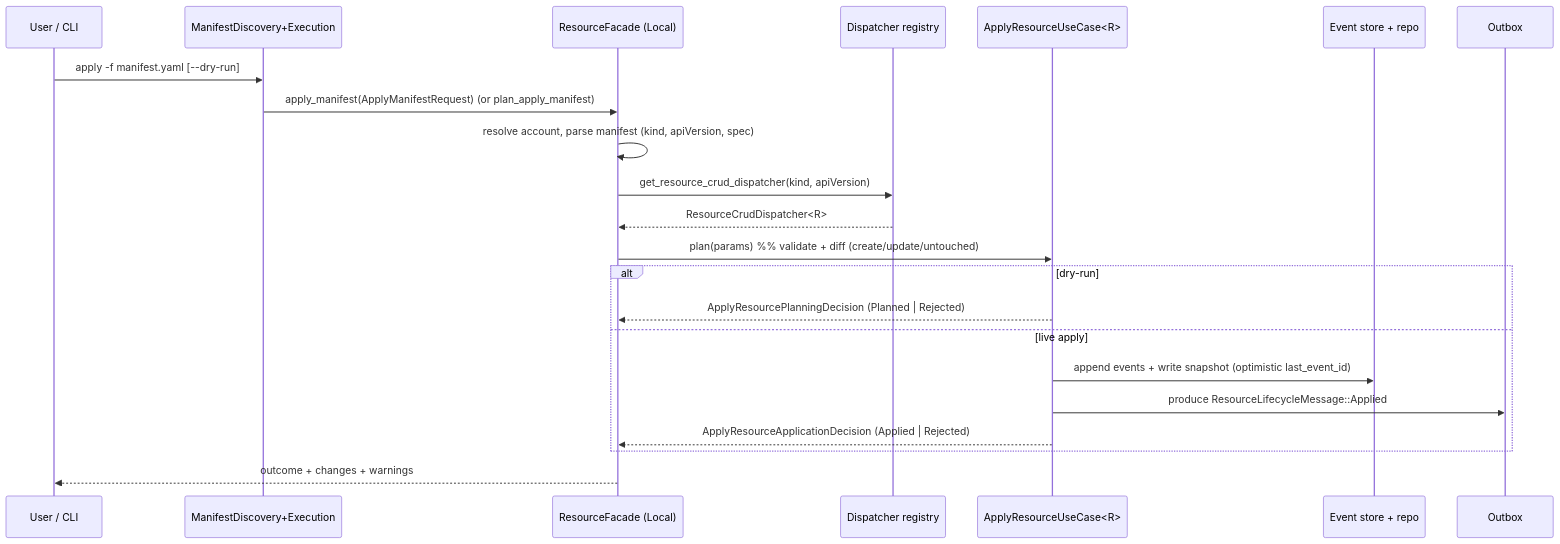
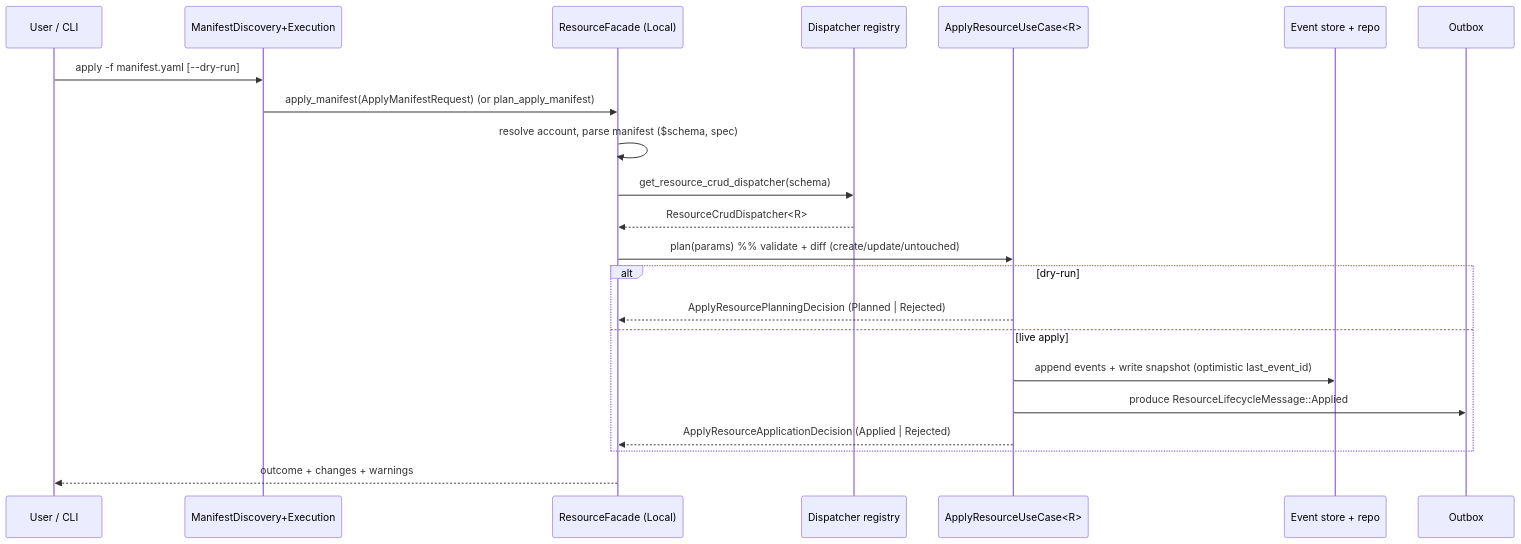
One commit to kamu-data/kamu-cli changed the third of 7 diagrams in docs/internal/resources-framework.md. Above: the diagram before and after it, drawn with Mermaid. The commit also changed other lines of this file and 204 other files, not shown here.

Commit message:
`apiVersion` + `kind` => `$schema`

````diff
--- a/docs/internal/resources-framework.md
+++ b/docs/internal/resources-framework.md
@@ -765,25 +767,25 @@
 ```mermaid
 sequenceDiagram
     participant U as User / CLI
     participant D as ManifestDiscovery+Execution
     participant F as ResourceFacade (Local)
     participant R as Dispatcher registry
     participant UC as ApplyResourceUseCase<R>
     participant ST as Event store + repo
     participant OB as Outbox
 
     U->>D: apply -f manifest.yaml [--dry-run]
     D->>F: apply_manifest(ApplyManifestRequest) (or plan_apply_manifest)
-    F->>F: resolve account, parse manifest (kind, apiVersion, spec)
-    F->>R: get_resource_crud_dispatcher(kind, apiVersion)
+    F->>F: resolve account, parse manifest ($schema, spec)
+    F->>R: get_resource_crud_dispatcher(schema)
     R-->>F: ResourceCrudDispatcher<R>
     F->>UC: plan(params)  %% validate + diff (create/update/untouched)
     alt dry-run
         UC-->>F: ApplyResourcePlanningDecision (Planned | Rejected)
     else live apply
         UC->>ST: append events + write snapshot (optimistic last_event_id)
         UC->>OB: produce ResourceLifecycleMessage::Applied
         UC-->>F: ApplyResourceApplicationDecision (Applied | Rejected)
     end
     F-->>U: outcome + changes + warnings
 ```
````
